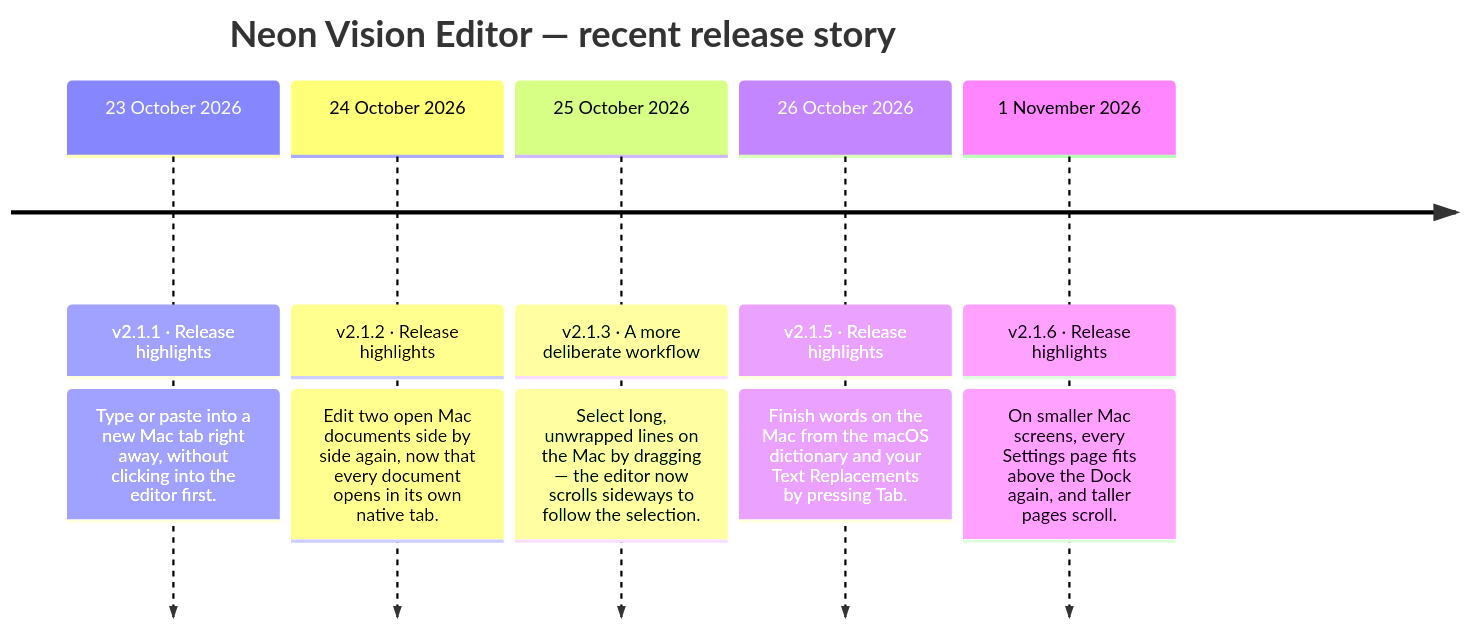
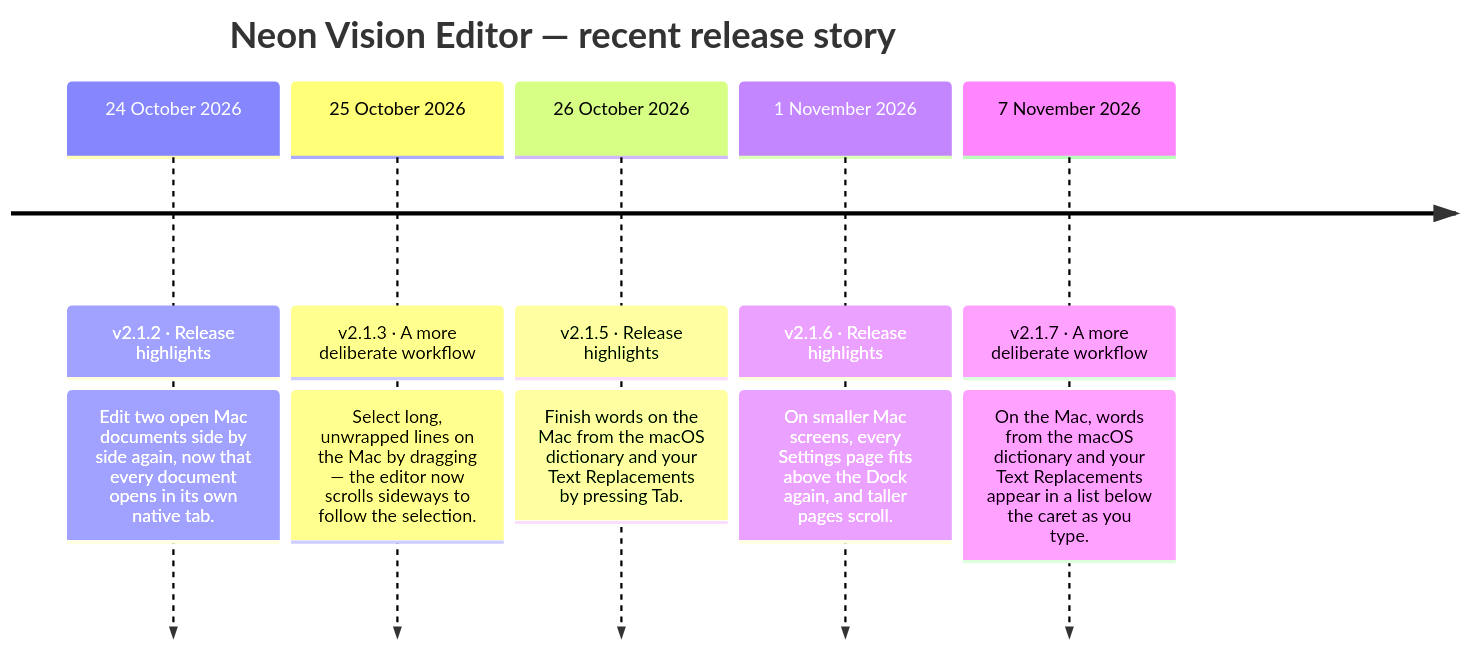
Before and after one commit to h3pdesign/Neon-Vision-Editor: the diagram in README.md, drawn with Mermaid. The commit also changed other lines of this file and 9 other files, not shown here.

````diff
--- a/README.md
+++ b/README.md
@@ -763,14 +762,14 @@
 ```mermaid
 timeline
     title Neon Vision Editor — recent release story
-    23 October 2026 : v2.1.1 · Release highlights
-                : Type or paste into a new Mac tab right away, without clicking into the editor first.
     24 October 2026 : v2.1.2 · Release highlights
                 : Edit two open Mac documents side by side again, now that every document opens in its own native tab.
     25 October 2026 : v2.1.3 · A more deliberate workflow
                 : Select long, unwrapped lines on the Mac by dragging — the editor now scrolls sideways to follow the selection.
     26 October 2026 : v2.1.5 · Release highlights
                 : Finish words on the Mac from the macOS dictionary and your Text Replacements by pressing Tab.
     1 November 2026 : v2.1.6 · Release highlights
                 : On smaller Mac screens, every Settings page fits above the Dock again, and taller pages scroll.
+    7 November 2026 : v2.1.7 · A more deliberate workflow
+                : On the Mac, words from the macOS dictionary and your Text Replacements appear in a list below the caret as you type.
 ```
````
